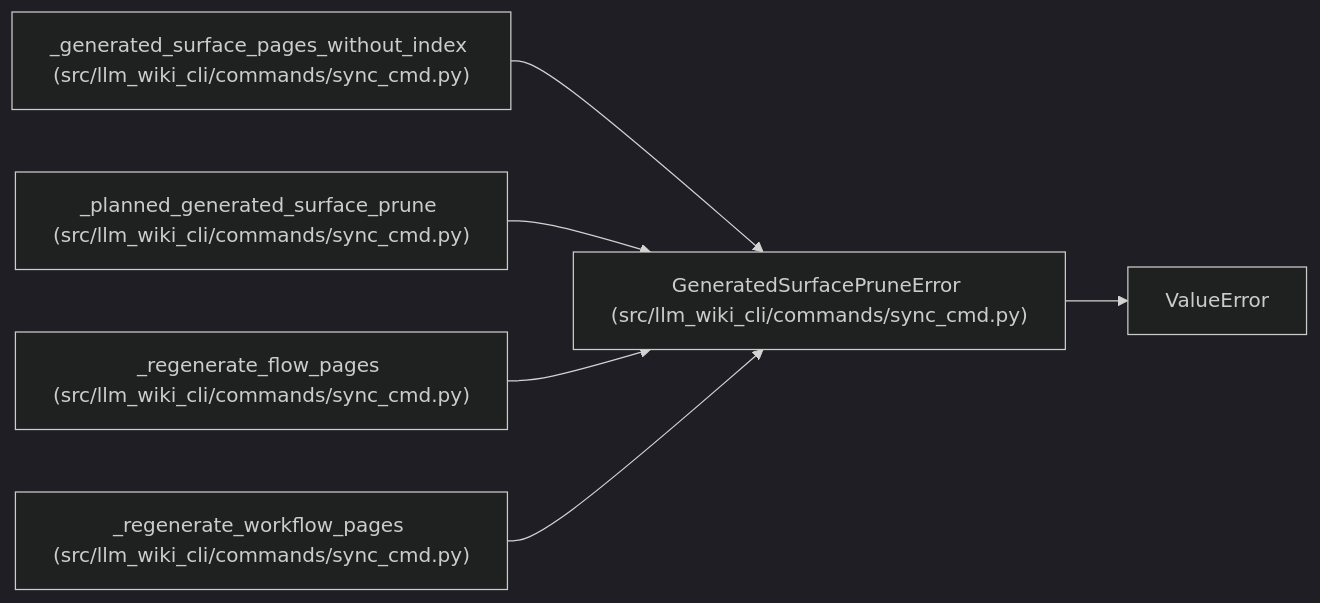
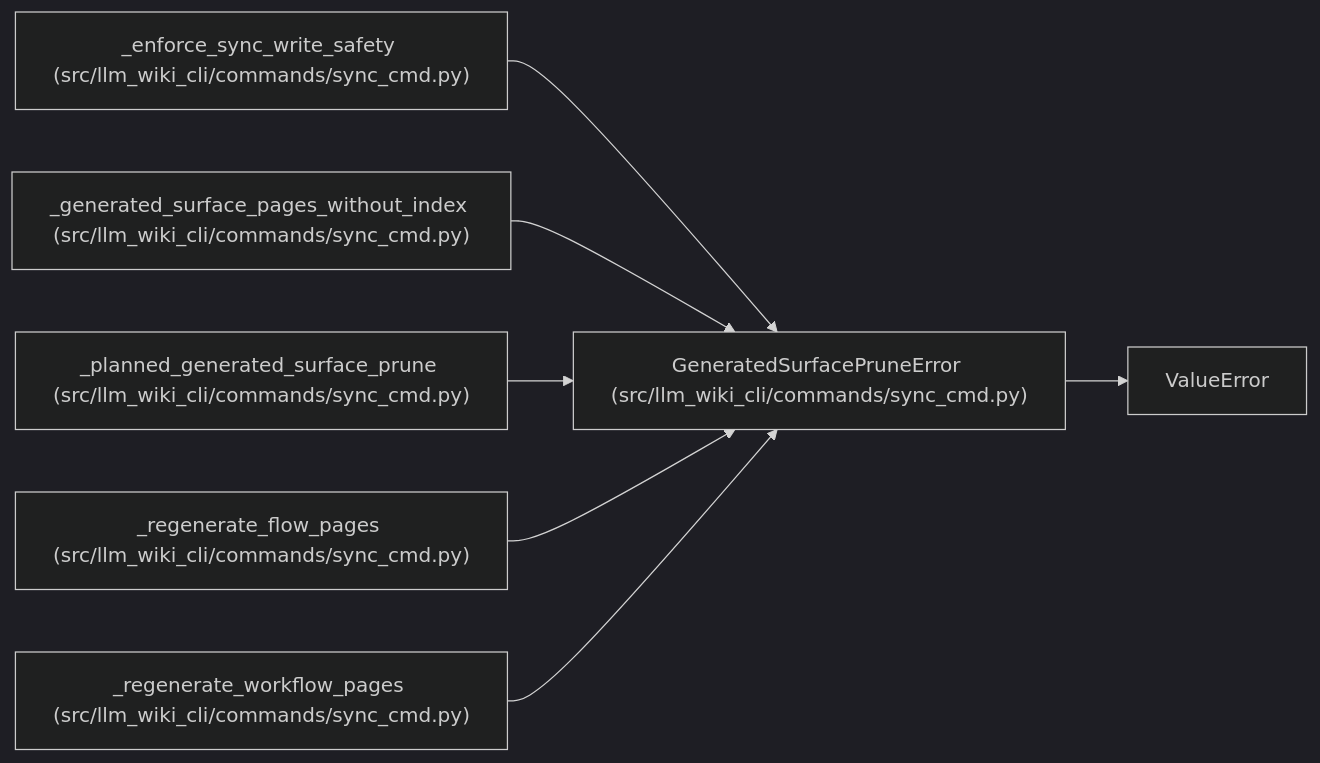
One commit to Denissvgn/python-wiki-llm changed the diagram in docs/llm_wiki/entities/GeneratedSurfacePruneError.md. Above: the diagram before and after it, drawn with Mermaid (dark theme). The commit also changed other lines of this file and 204 other files, not shown here.

````diff
--- a/docs/llm_wiki/entities/GeneratedSurfacePruneError.md
+++ b/docs/llm_wiki/entities/GeneratedSurfacePruneError.md
@@ -23,19 +23,22 @@
 ```mermaid
 flowchart LR
     n0["GeneratedSurfacePruneError (src/llm_wiki_cli/commands/sync_cmd.py)"]
     n1["ValueError"]
-    n2["_generated_surface_pages_without_index (src/llm_wiki_cli/commands/sync_cmd.py)"]
-    n3["_planned_generated_surface_prune (src/llm_wiki_cli/commands/sync_cmd.py)"]
-    n4["_regenerate_flow_pages (src/llm_wiki_cli/commands/sync_cmd.py)"]
-    n5["_regenerate_workflow_pages (src/llm_wiki_cli/commands/sync_cmd.py)"]
+    n2["_enforce_sync_write_safety (src/llm_wiki_cli/commands/sync_cmd.py)"]
+    n3["_generated_surface_pages_without_index (src/llm_wiki_cli/commands/sync_cmd.py)"]
+    n4["_planned_generated_surface_prune (src/llm_wiki_cli/commands/sync_cmd.py)"]
+    n5["_regenerate_flow_pages (src/llm_wiki_cli/commands/sync_cmd.py)"]
+    n6["_regenerate_workflow_pages (src/llm_wiki_cli/commands/sync_cmd.py)"]
     n0 --> n1
     n2 --> n0
     n3 --> n0
     n4 --> n0
     n5 --> n0
+    n6 --> n0
     click n0 "../modules/sync_cmd.md"
     click n2 "../modules/sync_cmd.md"
     click n3 "../modules/sync_cmd.md"
     click n4 "../modules/sync_cmd.md"
     click n5 "../modules/sync_cmd.md"
+    click n6 "../modules/sync_cmd.md"
 ```
````
